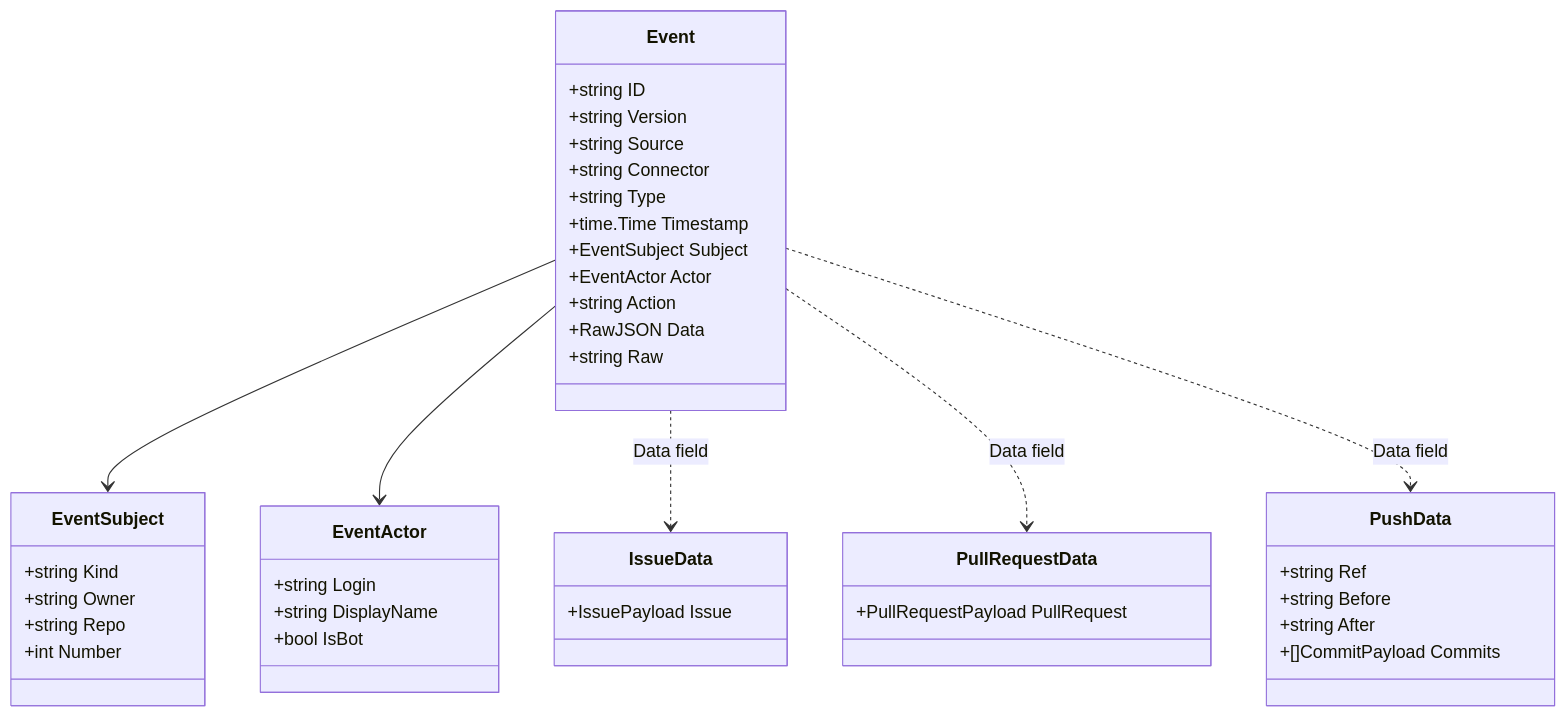
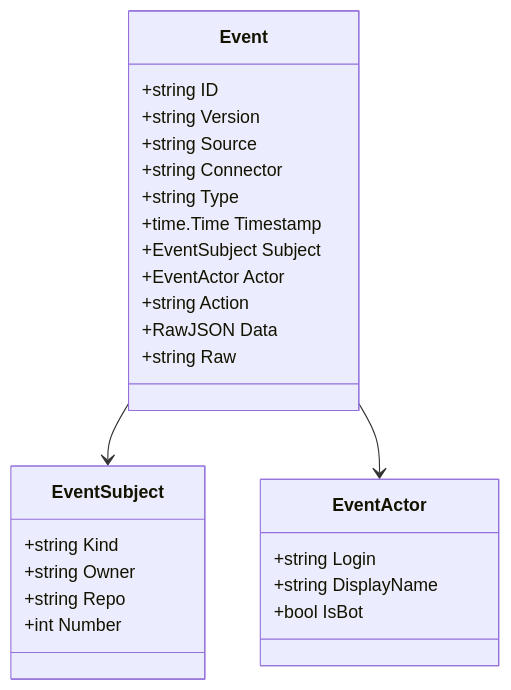
One commit to ainsel-project/ainsel changed the second of 3 diagrams in shared/api/docs/architecture.md. Above: the diagram before and after it, drawn with Mermaid. The commit also changed other lines of this file and 6 other files, not shown here.

First line of the commit message:
chore(shared): remove unused event payload types

````diff
--- a/shared/api/docs/architecture.md
+++ b/shared/api/docs/architecture.md
@@ -23,51 +23,32 @@
 ```mermaid
 classDiagram
     class Event {
         +string ID
         +string Version
         +string Source
         +string Connector
         +string Type
         +time.Time Timestamp
         +EventSubject Subject
         +EventActor Actor
         +string Action
         +RawJSON Data
         +string Raw
     }
 
     class EventSubject {
         +string Kind
         +string Owner
         +string Repo
         +int Number
     }
 
     class EventActor {
         +string Login
         +string DisplayName
         +bool IsBot
     }
 
     Event --> EventSubject
     Event --> EventActor
-
-    class IssueData {
-        +IssuePayload Issue
-    }
-
-    class PullRequestData {
-        +PullRequestPayload PullRequest
-    }
-
-    class PushData {
-        +string Ref
-        +string Before
-        +string After
-        +[]CommitPayload Commits
-    }
-
-    Event ..> IssueData : Data field
-    Event ..> PullRequestData : Data field
-    Event ..> PushData : Data field
 ```
````
